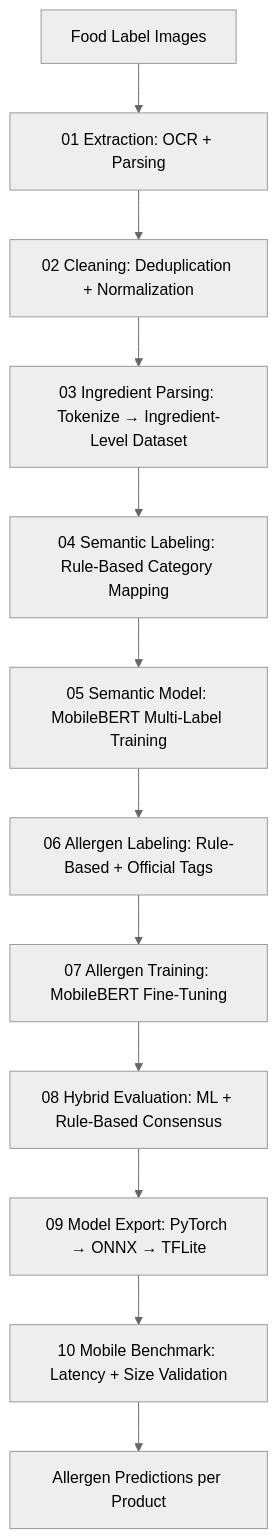
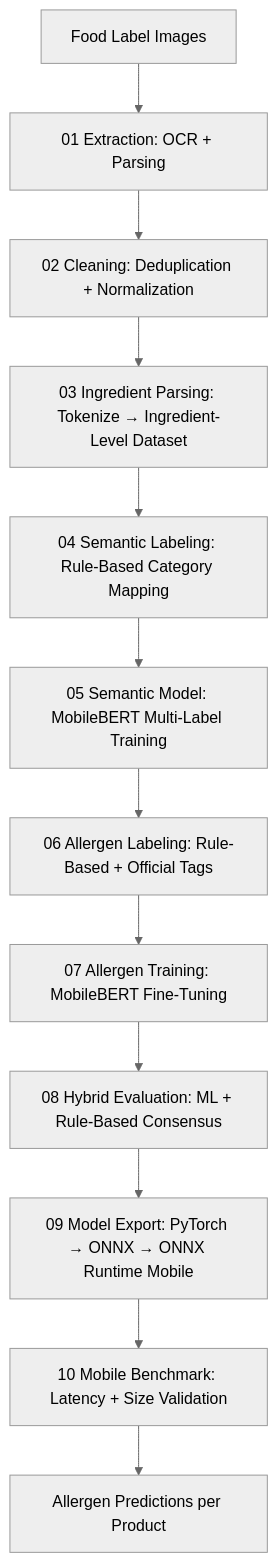
The diagram in README.md (AngelChaos777/ai-based-ingredient-interpretation), drawn with Mermaid (neutral theme) before and after one commit. The commit also changed other lines of this file and 11 other files, not shown here.

````diff
--- a/README.md
+++ b/README.md
@@ -154,14 +154,14 @@
 ```mermaid
 flowchart TD
     A[Food Label Images] --> B[01 Extraction: OCR + Parsing]
     B --> C[02 Cleaning: Deduplication + Normalization]
     C --> D[03 Ingredient Parsing: Tokenize → Ingredient-Level Dataset]
     D --> E[04 Semantic Labeling: Rule-Based Category Mapping]
     E --> F[05 Semantic Model: MobileBERT Multi-Label Training]
     F --> G[06 Allergen Labeling: Rule-Based + Official Tags]
     G --> H[07 Allergen Training: MobileBERT Fine-Tuning]
     H --> I[08 Hybrid Evaluation: ML + Rule-Based Consensus]
-    I --> J[09 Model Export: PyTorch → ONNX → TFLite]
+    I --> J[09 Model Export: PyTorch → ONNX → ONNX Runtime Mobile]
     J --> K[10 Mobile Benchmark: Latency + Size Validation]
     K --> L[Allergen Predictions per Product]
 ```
````
